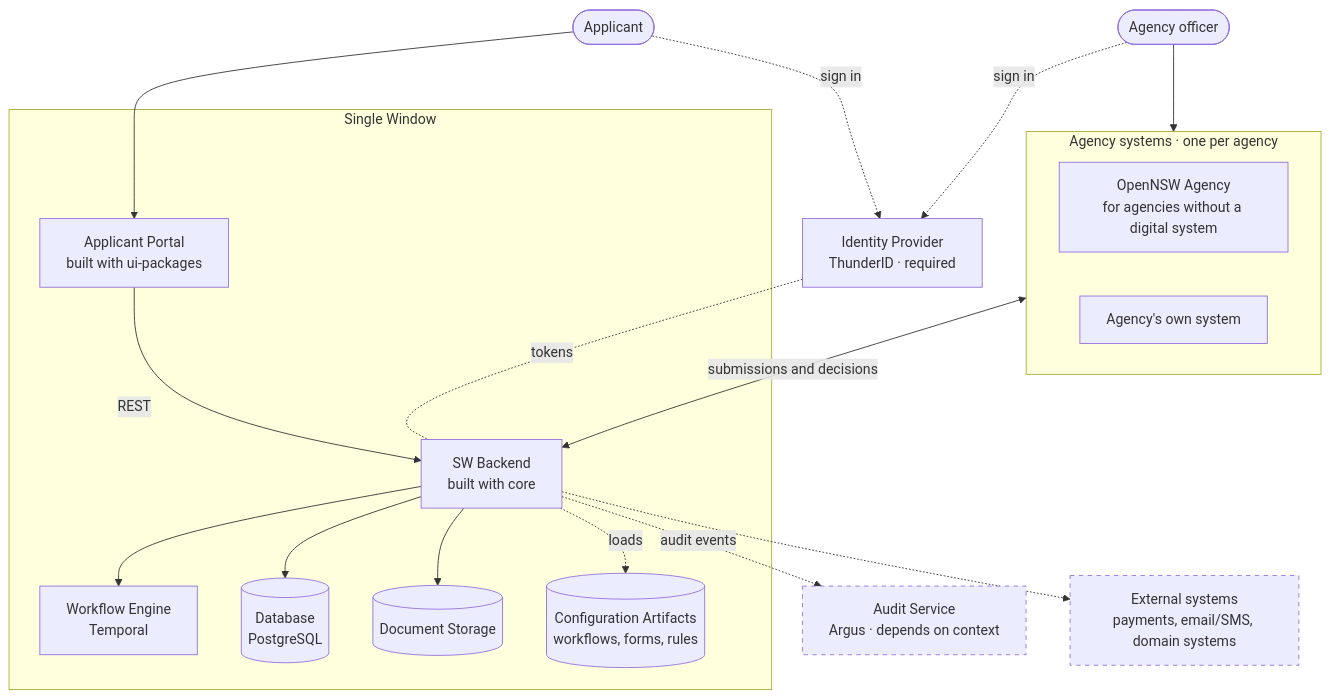
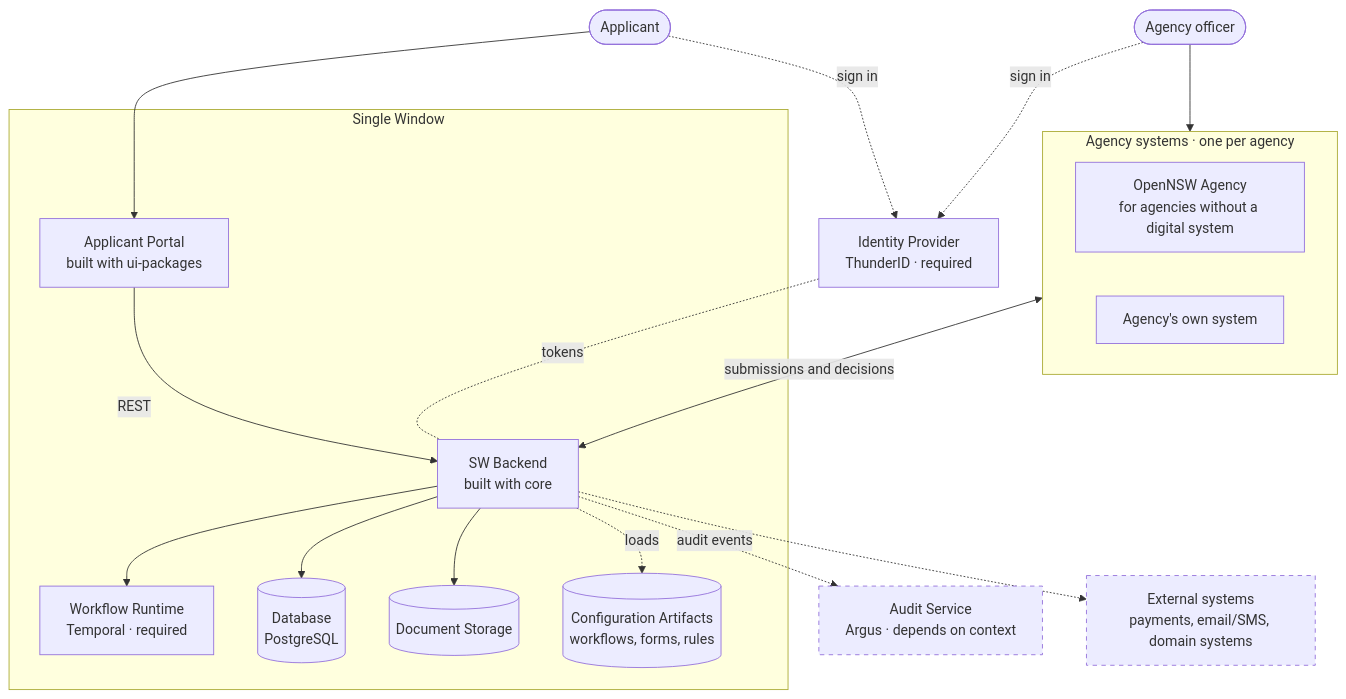
The first of 2 diagrams in profile/README.md (OpenNSW/.github), drawn with Mermaid before and after one commit. The commit also changed other lines of this file, not shown here.

First line of the commit message:
docs(profile): add Temporal as a required component

````diff
--- a/profile/README.md
+++ b/profile/README.md
@@ -68,38 +69,38 @@
 ```mermaid
 flowchart TB
     applicant(["Applicant"])
     officer(["Agency officer"])
     idp["Identity Provider<br/>ThunderID · required"]
 
     subgraph sw["Single Window"]
         portal["Applicant Portal<br/>built with ui-packages"]
         backend["SW Backend<br/>built with core"]
-        engine["Workflow Engine<br/>Temporal"]
+        engine["Workflow Runtime<br/>Temporal · required"]
         db[("Database<br/>PostgreSQL")]
         storage[("Document Storage")]
         artifacts[("Configuration Artifacts<br/>workflows, forms, rules")]
     end
 
     subgraph agencies["Agency systems · one per agency"]
         agencyApp["OpenNSW Agency<br/>for agencies without a digital system"]
         agencySys["Agency's own system"]
     end
 
     audit["Audit Service<br/>Argus · depends on context"]
     ext["External systems<br/>payments, email/SMS, domain systems"]
 
     applicant --> portal
     applicant -.->|sign in| idp
     officer -.->|sign in| idp
     officer --> agencies
     portal -->|REST| backend
     agencies <-->|submissions and decisions| backend
     idp -.-|tokens| backend
     backend --> engine & db & storage
     backend -.->|loads| artifacts
     backend -.->|audit events| audit
     backend -.-> ext
 
     classDef optional stroke-dasharray: 5 5
     class audit,ext optional
 ```
````
